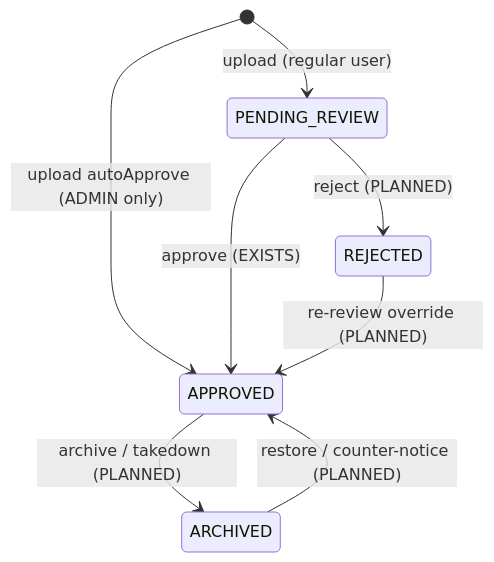
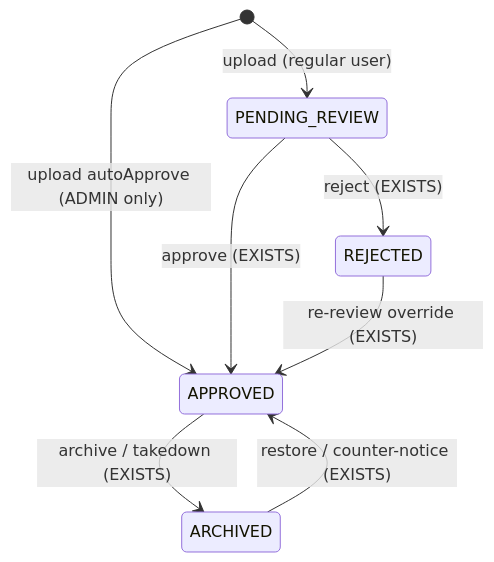
Before and after one commit to akararkan/irc-bakend: the diagram in docs/admin/sound-library.md, drawn with Mermaid. The commit also changed other lines of this file and 230 other files, not shown here.

````diff
--- a/docs/admin/sound-library.md
+++ b/docs/admin/sound-library.md
@@ -335,10 +333,10 @@
 ```mermaid
 stateDiagram-v2
     [*] --> PENDING_REVIEW: upload (regular user)
     [*] --> APPROVED: upload autoApprove (ADMIN only)
     PENDING_REVIEW --> APPROVED: approve (EXISTS)
-    PENDING_REVIEW --> REJECTED: reject (PLANNED)
-    APPROVED --> ARCHIVED: archive / takedown (PLANNED)
-    REJECTED --> APPROVED: re-review override (PLANNED)
-    ARCHIVED --> APPROVED: restore / counter-notice (PLANNED)
+    PENDING_REVIEW --> REJECTED: reject (EXISTS)
+    APPROVED --> ARCHIVED: archive / takedown (EXISTS)
+    REJECTED --> APPROVED: re-review override (EXISTS)
+    ARCHIVED --> APPROVED: restore / counter-notice (EXISTS)
 ```
````
